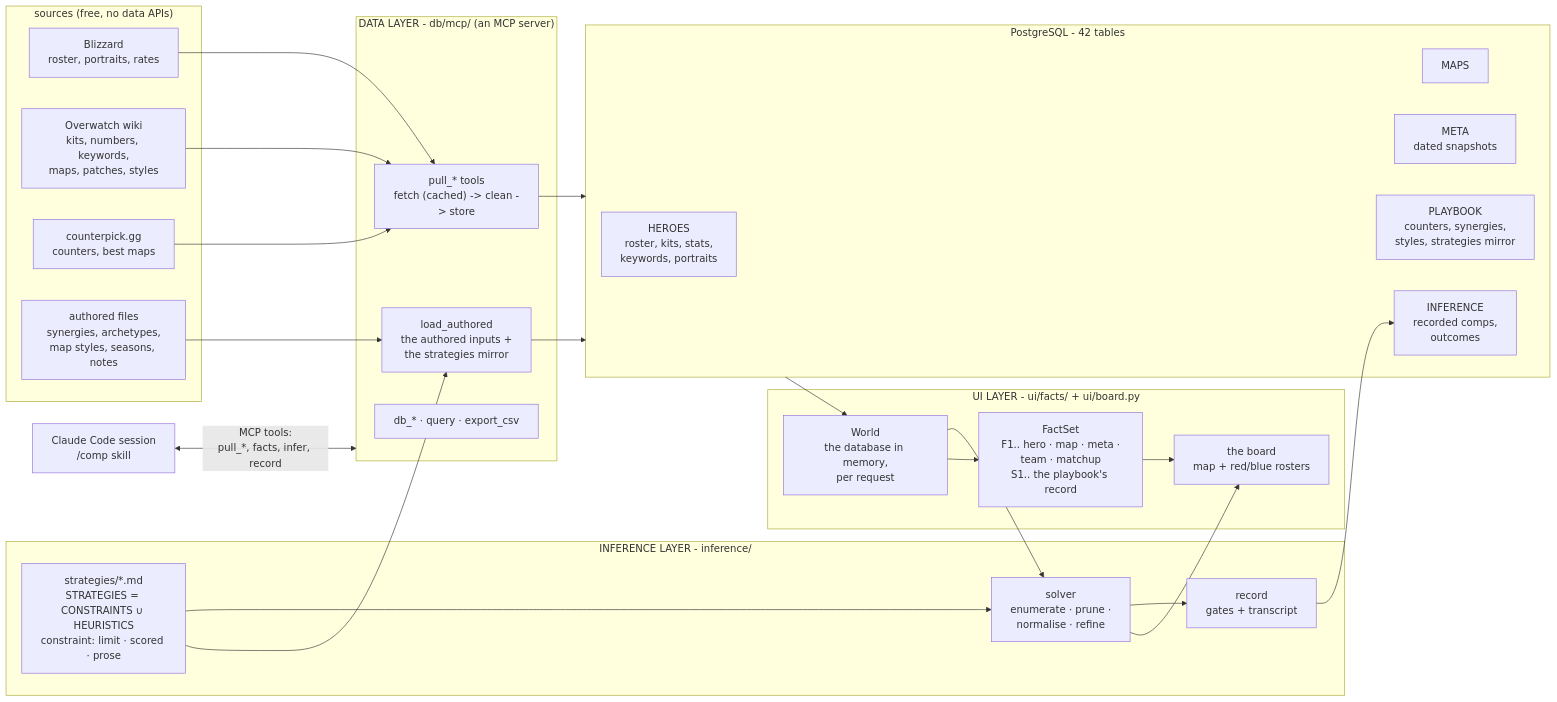
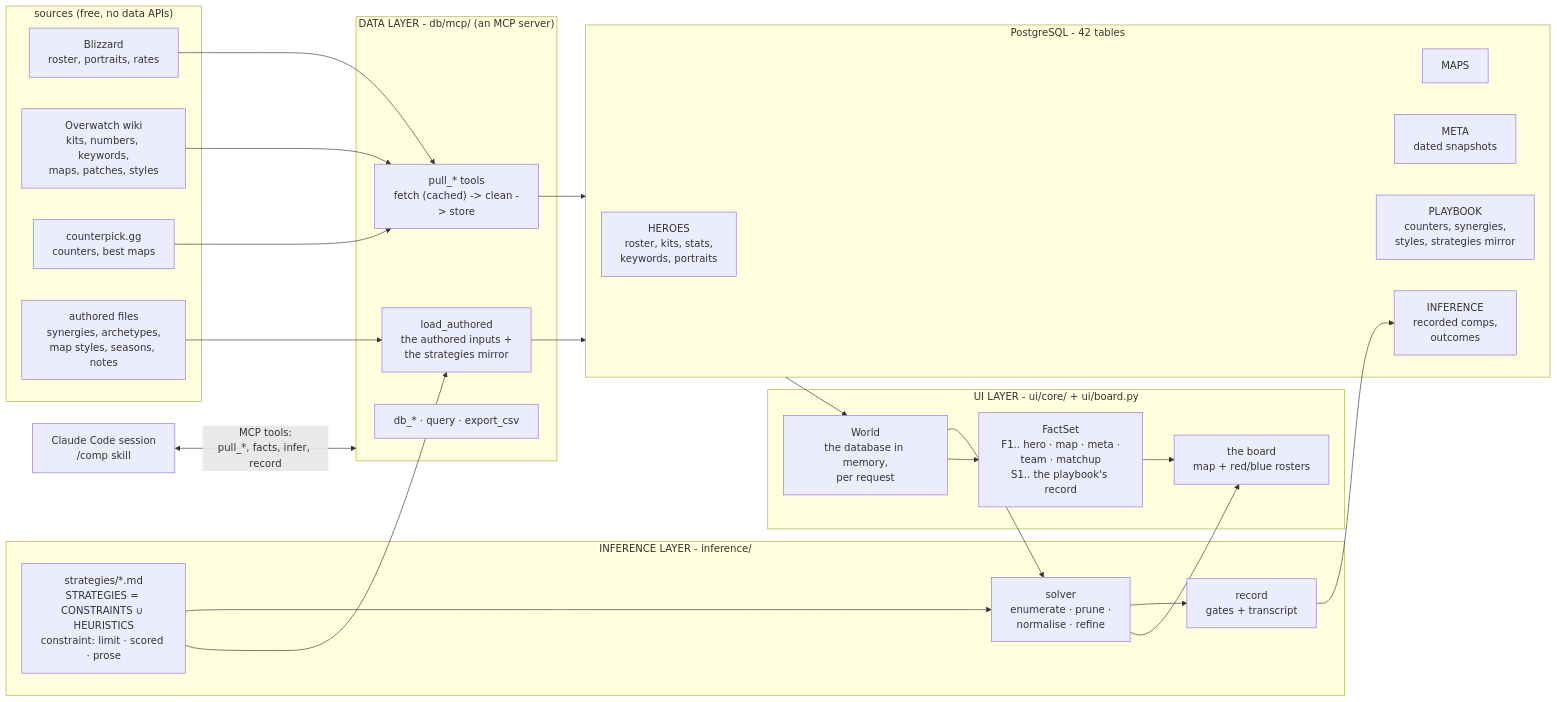
Before and after one commit to mmikol/counter-utility-matrix: the first of 6 diagrams in docs/architecture.md, drawn with Mermaid. The commit also changed other lines of this file and 19 other files, not shown here.

Commit message:
ui/facts is ui/core: the read model and the metrics everything imports

````diff
--- a/docs/architecture.md
+++ b/docs/architecture.md
@@ -7,46 +7,46 @@
 ```mermaid
 flowchart LR
     subgraph SOURCES["sources (free, no data APIs)"]
         BLZ["Blizzard<br/>roster, portraits, rates"]
         WIKI["Overwatch wiki<br/>kits, numbers, keywords,<br/>maps, patches, styles"]
         CPK["counterpick.gg<br/>counters, best maps"]
         CSV["authored files<br/>synergies, archetypes,<br/>map styles, seasons, notes"]
     end
 
     subgraph DATA["DATA LAYER - db/mcp/ (an MCP server)"]
         PULL["pull_* tools<br/>fetch (cached) -> clean -> store"]
         PLAY["load_authored<br/>the authored inputs +<br/>the strategies mirror"]
         DBT["db_* · query · export_csv"]
     end
 
     subgraph PG["PostgreSQL - 42 tables"]
         HEROES["HEROES<br/>roster, kits, stats,<br/>keywords, portraits"]
         MAPS["MAPS"]
         META["META<br/>dated snapshots"]
         PLAYBOOK["PLAYBOOK<br/>counters, synergies,<br/>styles, strategies mirror"]
         INF["INFERENCE<br/>recorded comps,<br/>outcomes"]
     end
 
-    subgraph USER["UI LAYER - ui/facts/ + ui/board.py"]
+    subgraph USER["UI LAYER - ui/core/ + ui/board.py"]
         WORLD["World<br/>the database in memory,<br/>per request"]
         FACTS["FactSet<br/>F1.. hero · map · meta ·<br/>team · matchup<br/>S1.. the playbook's record"]
         BOARD["the board<br/>map + red/blue rosters"]
     end
 
     subgraph INFER["INFERENCE LAYER - inference/"]
         HEUR["strategies/*.md<br/>STRATEGIES = CONSTRAINTS ∪ HEURISTICS<br/>constraint: limit · scored · prose"]
         SOLVER["solver<br/>enumerate · prune ·<br/>normalise · refine"]
         REC["record<br/>gates + transcript"]
     end
 
     BLZ & WIKI & CPK --> PULL
     CSV --> PLAY
     HEUR --> PLAY
     PULL & PLAY --> PG
     PG --> WORLD --> FACTS --> BOARD
     WORLD --> SOLVER
     HEUR --> SOLVER
     SOLVER --> BOARD
     SOLVER --> REC --> INF
     CHAT["Claude Code session<br/>/comp skill"] <-->|"MCP tools:<br/>pull_*, facts, infer, record"| DATA
 ```
````
